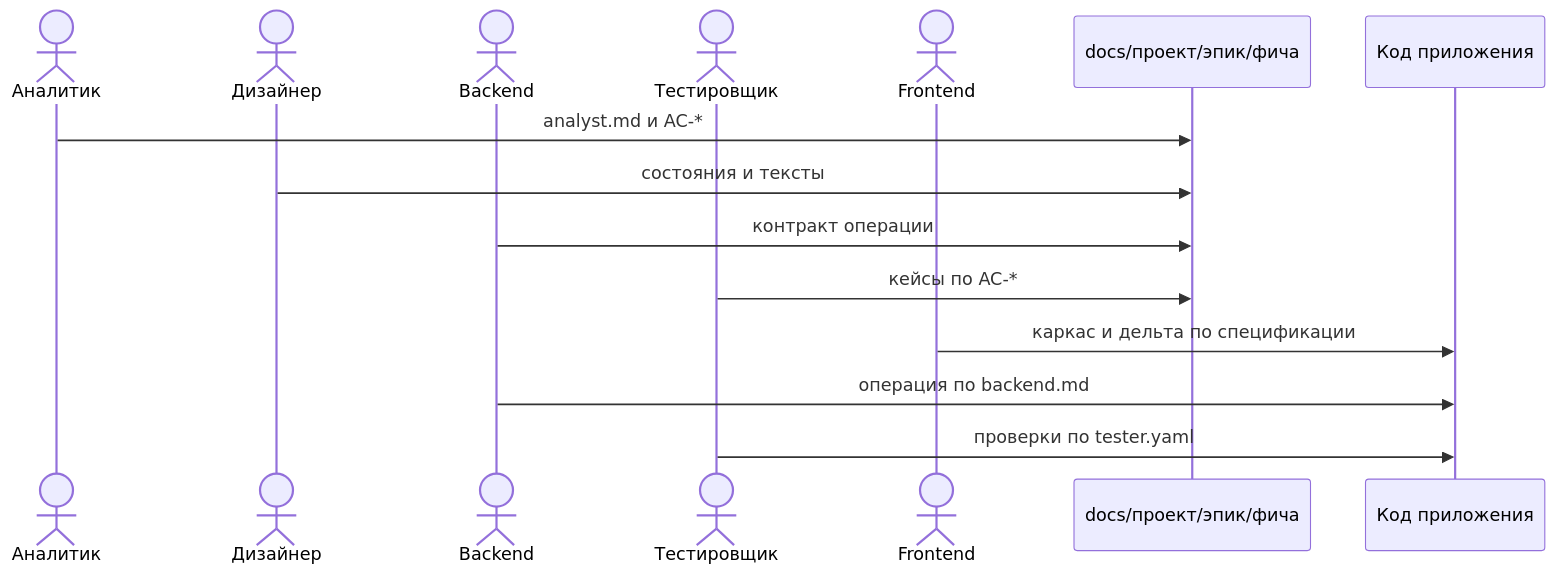
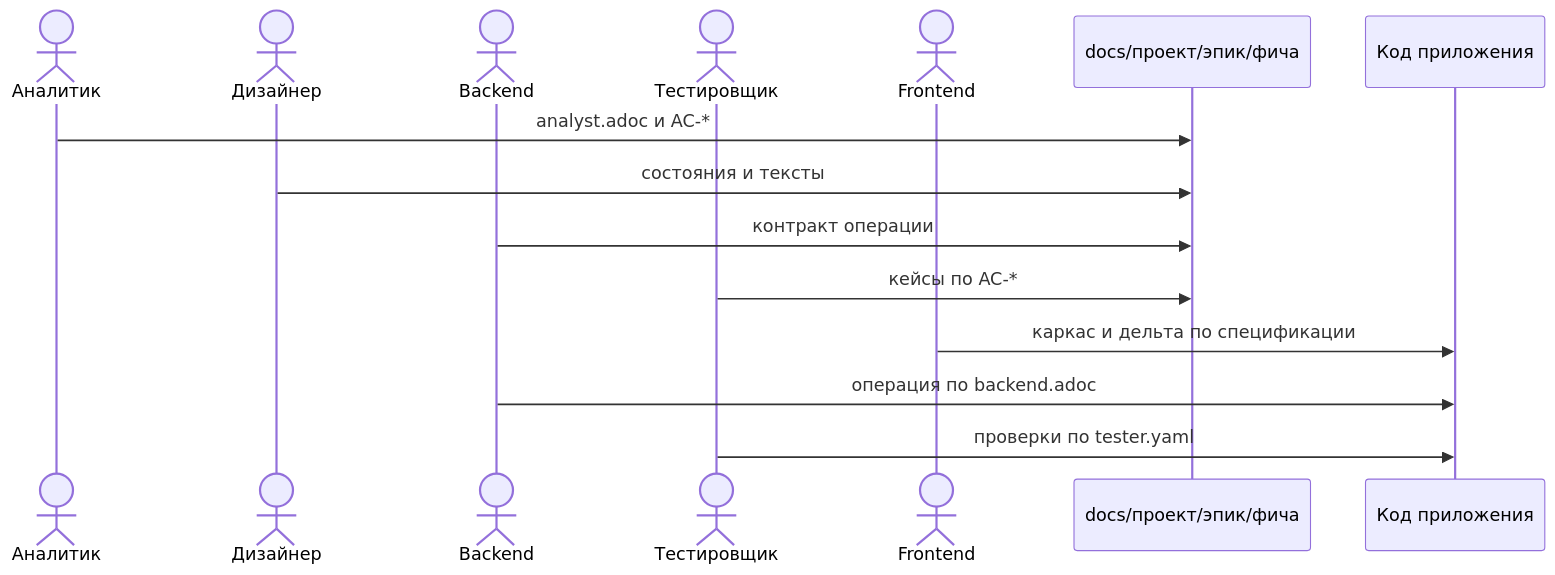
The diagram in README.md (Starodubenko/sdd-visualizer), drawn with Mermaid before and after one commit. The commit also changed other lines of this file and 222 other files, not shown here.

````diff
--- a/README.md
+++ b/README.md
@@ -46,18 +46,18 @@
 ```mermaid
 sequenceDiagram
   actor Analyst as Аналитик
   actor Designer as Дизайнер
   actor Back as Backend
   actor Tester as Тестировщик
   actor Front as Frontend
   participant Spec as docs/проект/эпик/фича
   participant App as Код приложения
 
-  Analyst->>Spec: analyst.md и AC-*
+  Analyst->>Spec: analyst.adoc и AC-*
   Designer->>Spec: состояния и тексты
   Back->>Spec: контракт операции
   Tester->>Spec: кейсы по AC-*
   Front->>App: каркас и дельта по спецификации
-  Back->>App: операция по backend.md
+  Back->>App: операция по backend.adoc
   Tester->>App: проверки по tester.yaml
 ```
````
